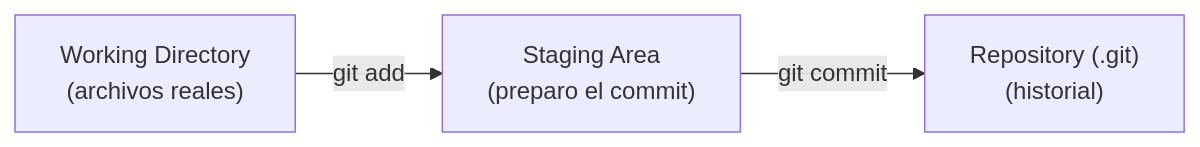
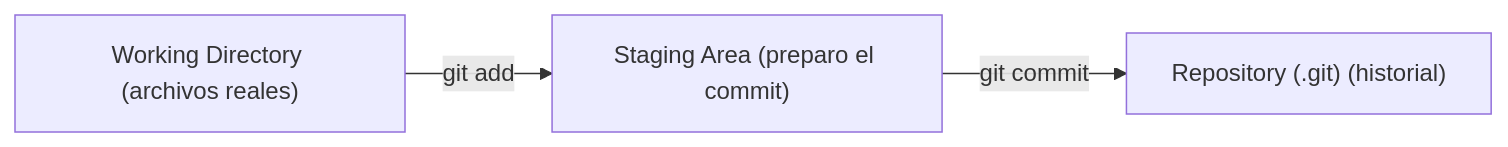
Before and after one commit to rmcoronado/Programacion-ACI106-406: the first of 4 diagrams in clase_1_mejorada_con_salidas_y_ejercicios_v2.md, drawn with Mermaid.

````diff
--- a/clase_1_mejorada_con_salidas_y_ejercicios_v2.md
+++ b/clase_1_mejorada_con_salidas_y_ejercicios_v2.md
@@ -211,5 +211,5 @@
 ```mermaid
 flowchart LR
-  WD["Working Directory\n(archivos reales)"] -->|git add| SA["Staging Area\n(preparo el commit)"]
-  SA -->|git commit| REPO["Repository (.git)\n(historial)"]
+  WD["Working Directory (archivos reales)"] -->|git add| SA["Staging Area (preparo el commit)"]
+  SA -->|git commit| REPO["Repository (.git) (historial)"]
 ```
````
